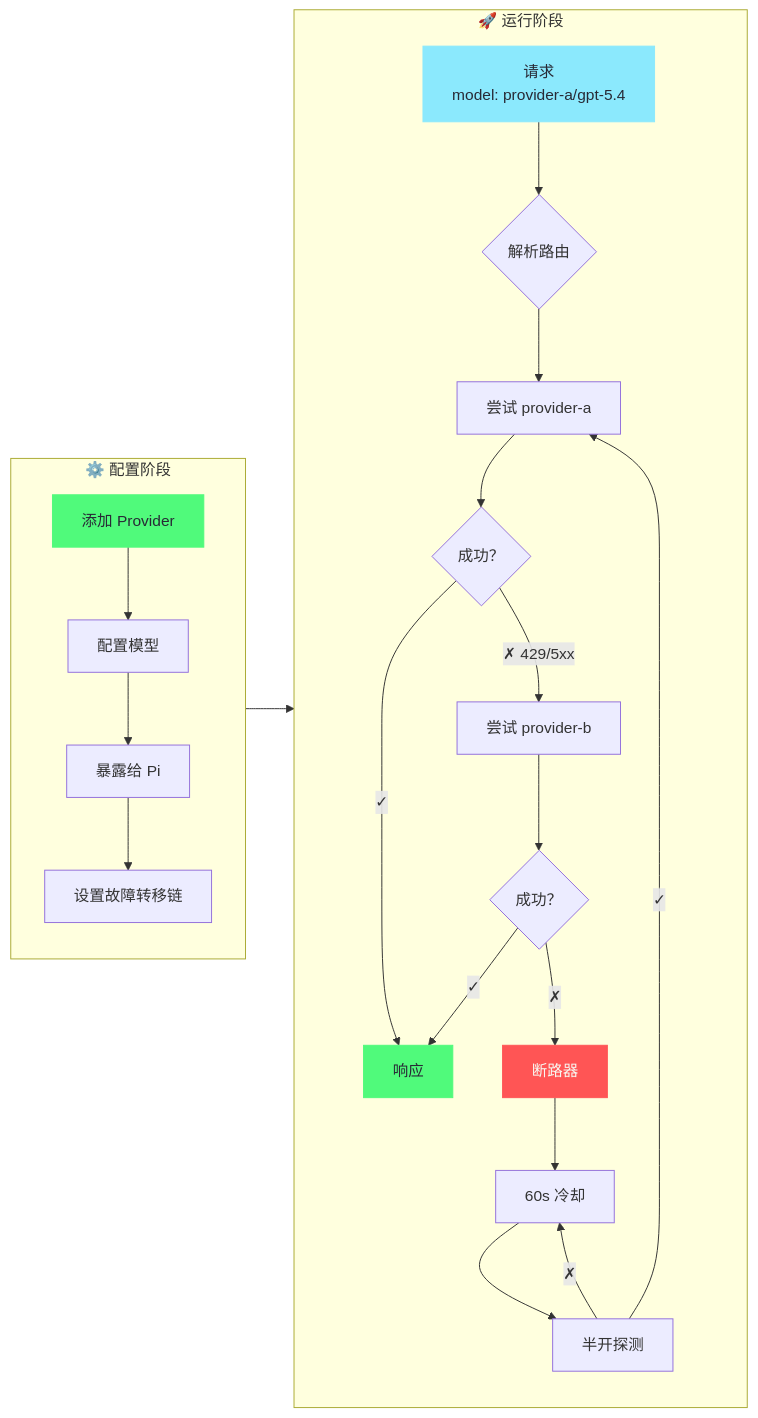
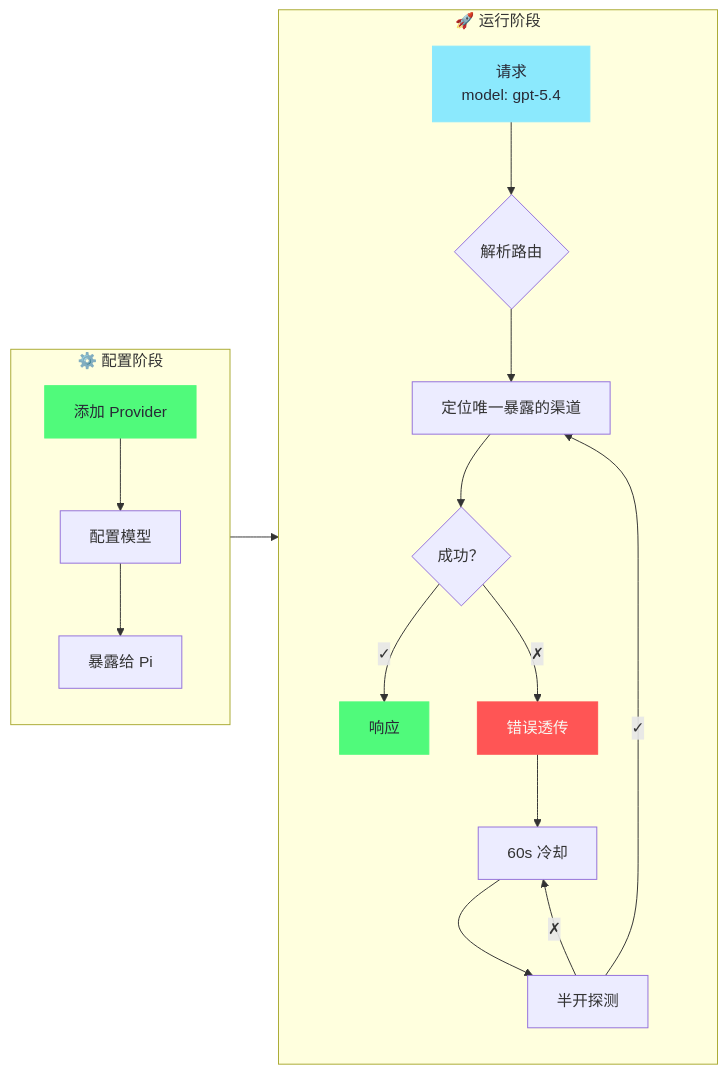
The diagram in README_ZH.md (heihei0299/pi-switch), drawn with Mermaid before and after one commit. The commit also changed other lines of this file and 8 other files, not shown here.

First line of the commit message:
docs: sync plans, architecture and guides with the shipped work

````diff
--- a/README_ZH.md
+++ b/README_ZH.md
@@ -184,30 +184,26 @@
 ```mermaid
 graph LR
     subgraph Setup["⚙️ 配置阶段"]
         A[添加 Provider] --> B[配置模型]
         B --> C[暴露给 Pi]
-        C --> D[设置故障转移链]
     end
 
     subgraph Runtime["🚀 运行阶段"]
-        E["请求<br/>model: provider-a/gpt-5.4"] --> F{解析路由}
-        F --> G[尝试 provider-a]
+        E["请求<br/>model: gpt-5.4"] --> F{解析路由}
+        F --> G[定位唯一暴露的渠道]
         G --> H{成功？}
         H -->|✓| I[响应]
-        H -->|✗ 429/5xx| J[尝试 provider-b]
-        J --> K{成功？}
-        K -->|✓| I
-        K -->|✗| L[断路器]
+        H -->|✗| L[错误透传]
         L --> M[60s 冷却]
         M --> N[半开探测]
         N -->|✓| G
         N -->|✗| M
     end
 
     Setup --> Runtime
 
     style A fill:#50fa7b,stroke:#50fa7b,color:#282a36
     style E fill:#8be9fd,stroke:#8be9fd,color:#282a36
     style I fill:#50fa7b,stroke:#50fa7b,color:#282a36
     style L fill:#ff5555,stroke:#ff5555,color:#f8f8f2
 ```
````
